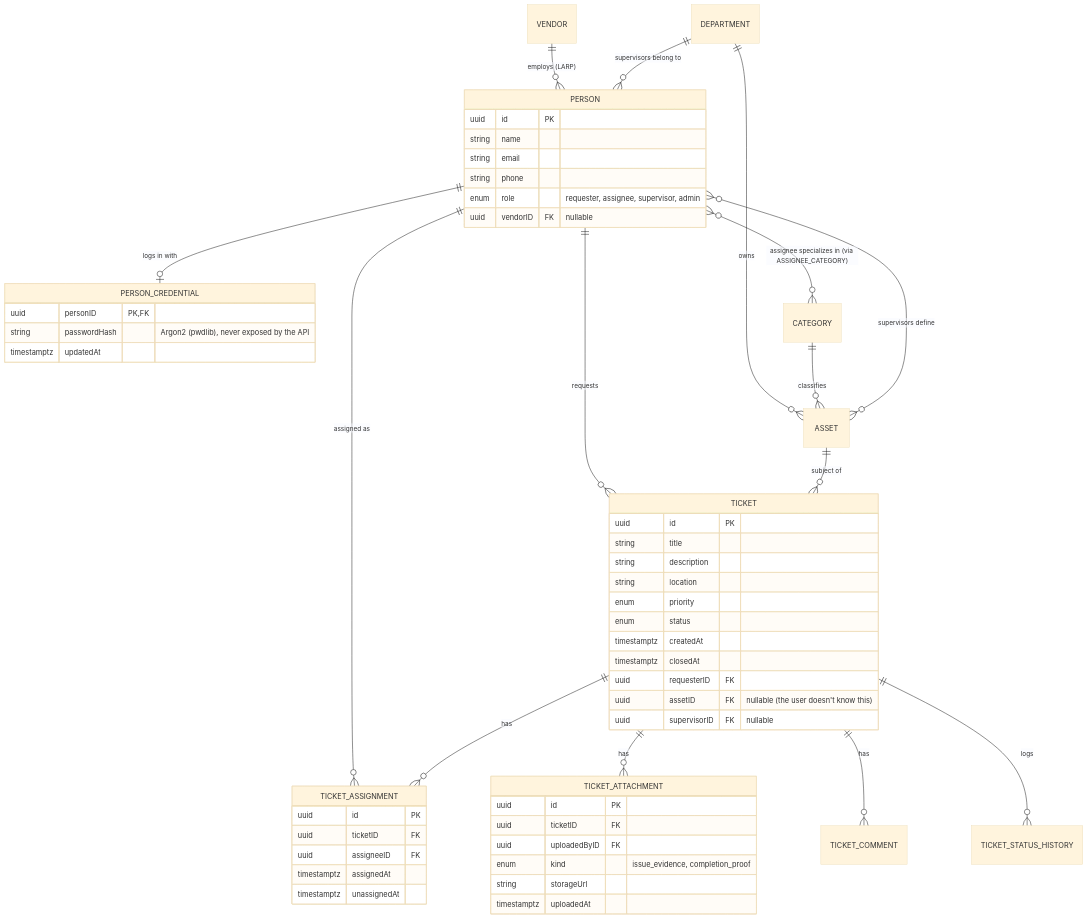
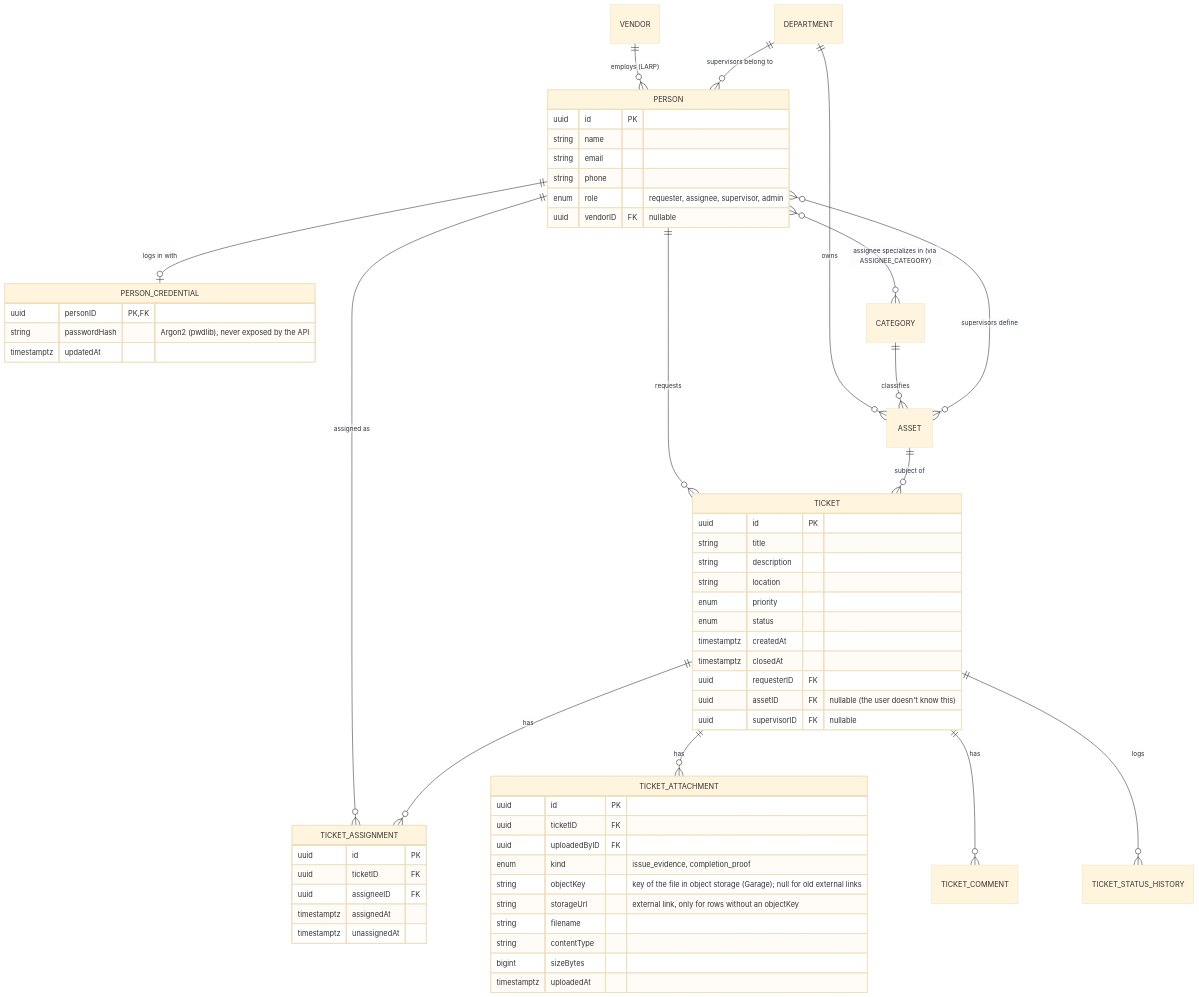
The diagram in ER.mmd (r-ethan18/Support-Ticketing-System), drawn with Mermaid (base theme) before and after one commit. The commit also changed 31 other files, not shown here.

First line of the commit message:
feat: store ticket attachments in Garage object storage

```diff
--- a/ER.mmd
+++ b/ER.mmd
@@ -1,56 +1,60 @@
 erDiagram
   PERSON ||--o{ TICKET : "requests"
   PERSON ||--o{ TICKET_ASSIGNMENT : "assigned as"
   PERSON ||--o| PERSON_CREDENTIAL : "logs in with"
   VENDOR ||--o{ PERSON : "employs (LARP)"
   DEPARTMENT ||--o{ ASSET : "owns"
   DEPARTMENT ||--o{ PERSON : "supervisors belong to"
   CATEGORY ||--o{ ASSET : "classifies"
   PERSON }o--o{ CATEGORY : "assignee specializes in (via ASSIGNEE_CATEGORY)"
   PERSON }o--o{ ASSET : "supervisors define"
   ASSET ||--o{ TICKET : "subject of"
   TICKET ||--o{ TICKET_ASSIGNMENT : "has"
   TICKET ||--o{ TICKET_ATTACHMENT : "has"
   TICKET ||--o{ TICKET_COMMENT : "has"
   TICKET ||--o{ TICKET_STATUS_HISTORY : "logs"
   PERSON {
     uuid id PK
     string name
     string email
     string phone
     enum role "requester, assignee, supervisor, admin"
     uuid vendorID FK "nullable"
   }
   TICKET {
     uuid id PK
     string title
     string description
     string location
     enum priority
     enum status
     timestamptz createdAt
     timestamptz closedAt
     uuid requesterID FK
     uuid assetID FK "nullable (the user doesn't know this)"
     uuid supervisorID FK "nullable"
   }
   TICKET_ASSIGNMENT {
     uuid id PK
     uuid ticketID FK
     uuid assigneeID FK
     timestamptz assignedAt
     timestamptz unassignedAt
   }
   TICKET_ATTACHMENT {
     uuid id PK
     uuid ticketID FK
     uuid uploadedByID FK
     enum kind "issue_evidence, completion_proof"
-    string storageUrl
+    string objectKey "key of the file in object storage (Garage); null for old external links"
+    string storageUrl "external link, only for rows without an objectKey"
+    string filename
+    string contentType
+    bigint sizeBytes
     timestamptz uploadedAt
   }
   PERSON_CREDENTIAL {
     uuid personID PK, FK
     string passwordHash "Argon2 (pwdlib), never exposed by the API"
     timestamptz updatedAt
   }
```
